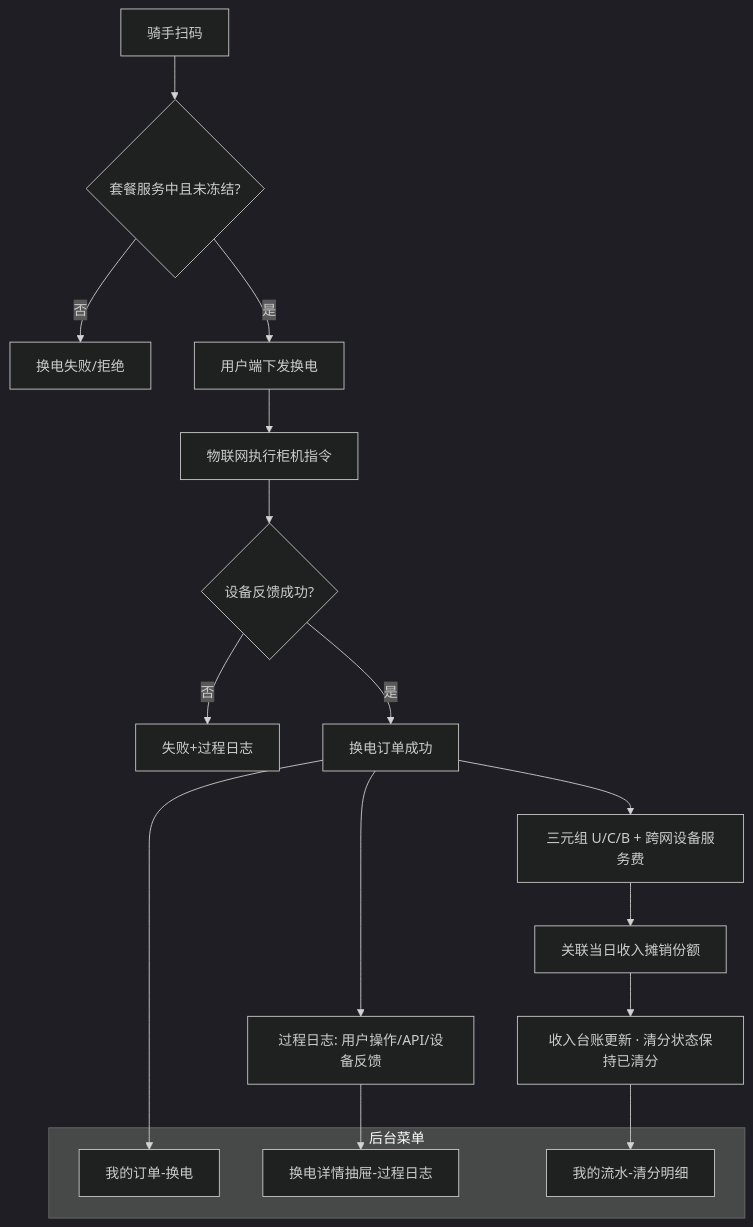
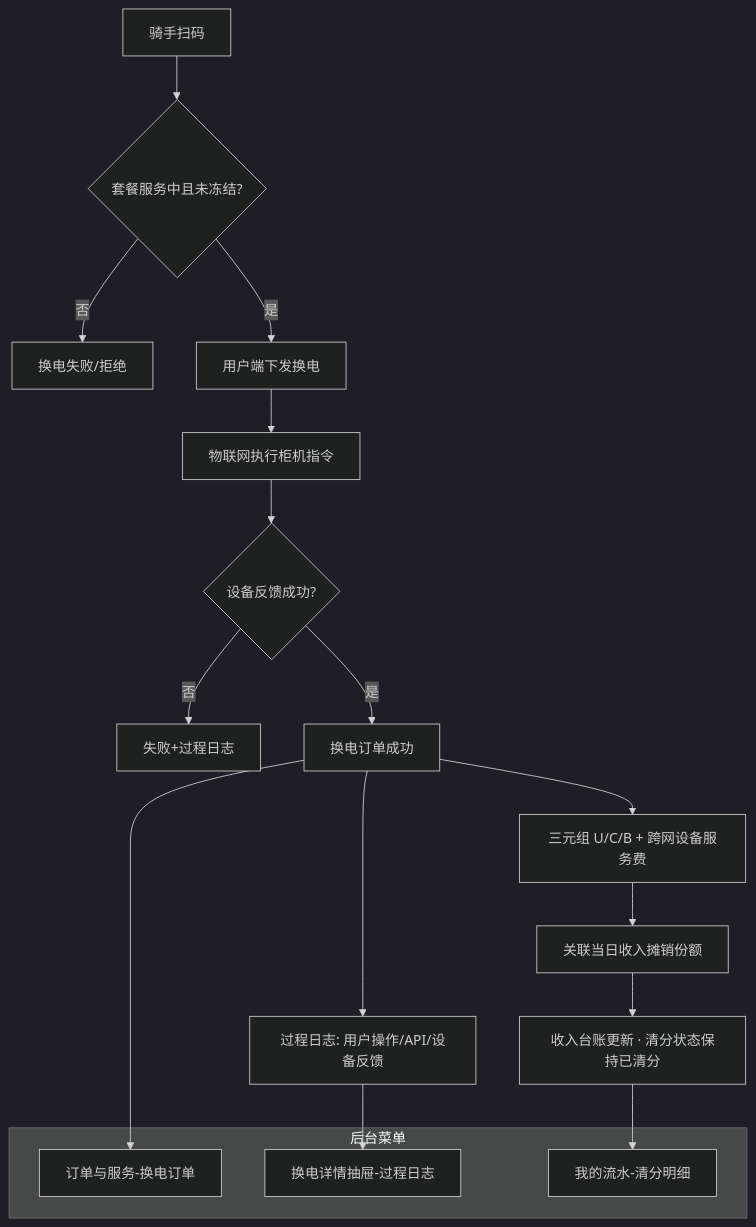
One commit to liudali/rider-swap-operator-prototype changed the seventh of 18 diagrams in docs/功能结构与业务流程.md. Above: the diagram before and after it, drawn with Mermaid (dark theme). The commit also changed other lines of this file and 71 other files, not shown here.

````diff
--- a/docs/功能结构与业务流程.md
+++ b/docs/功能结构与业务流程.md
@@ -238,23 +245,23 @@
 ```mermaid
 flowchart TD
   A[骑手扫码] --> B{套餐服务中且未冻结?}
   B -->|否| Z[换电失败/拒绝]
   B -->|是| C[用户端下发换电]
   C --> D[物联网执行柜机指令]
   D --> E{设备反馈成功?}
   E -->|否| Z2[失败+过程日志]
   E -->|是| F[换电订单成功]
   F --> G[过程日志: 用户操作/API/设备反馈]
   F --> T[三元组 U/C/B + 跨网设备服务费]
   T --> H[关联当日收入摊销份额]
   H --> I[收入台账更新 · 清分状态保持已清分]
 
   subgraph BO [后台菜单]
-    M1[我的订单-换电]
+    M1[订单与服务-换电订单]
     M2[换电详情抽屉-过程日志]
     M3[我的流水-清分明细]
   end
   F --> M1
   G --> M2
   I --> M3
 ```
````
